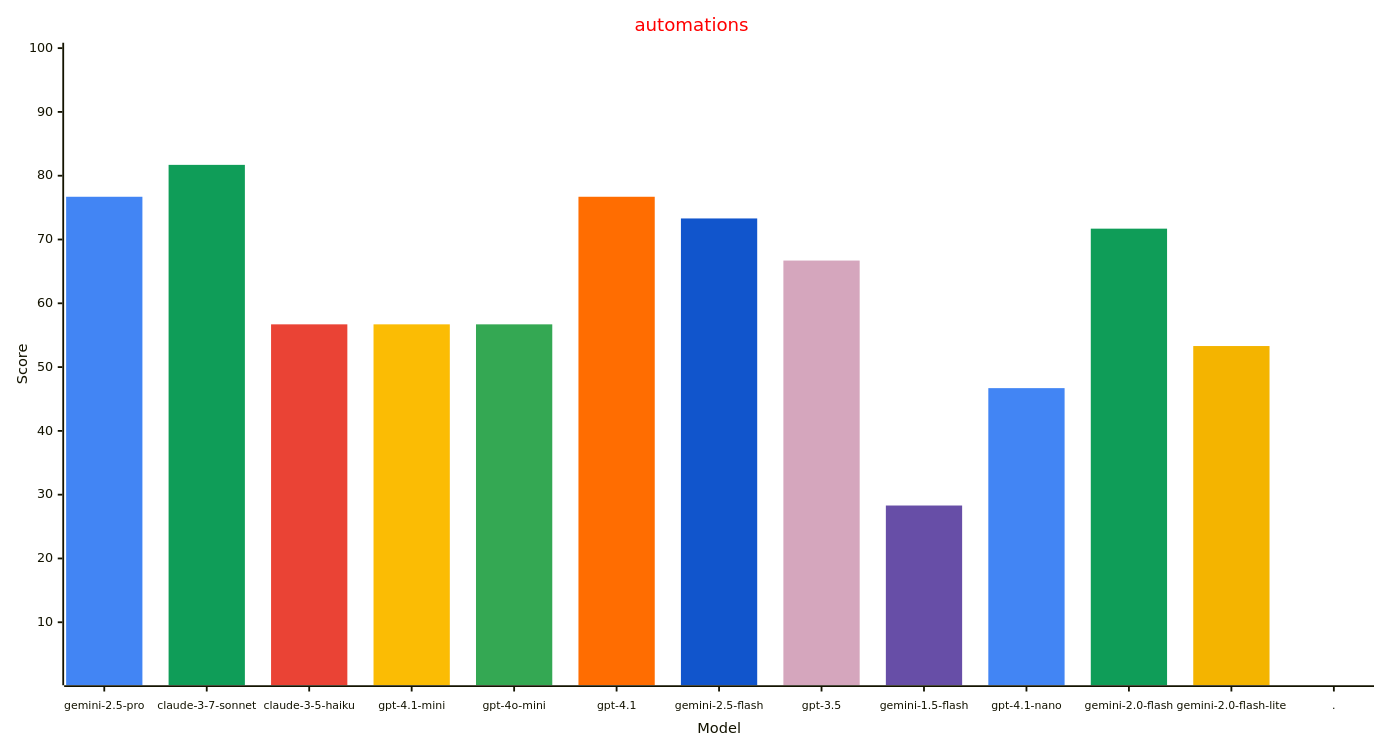
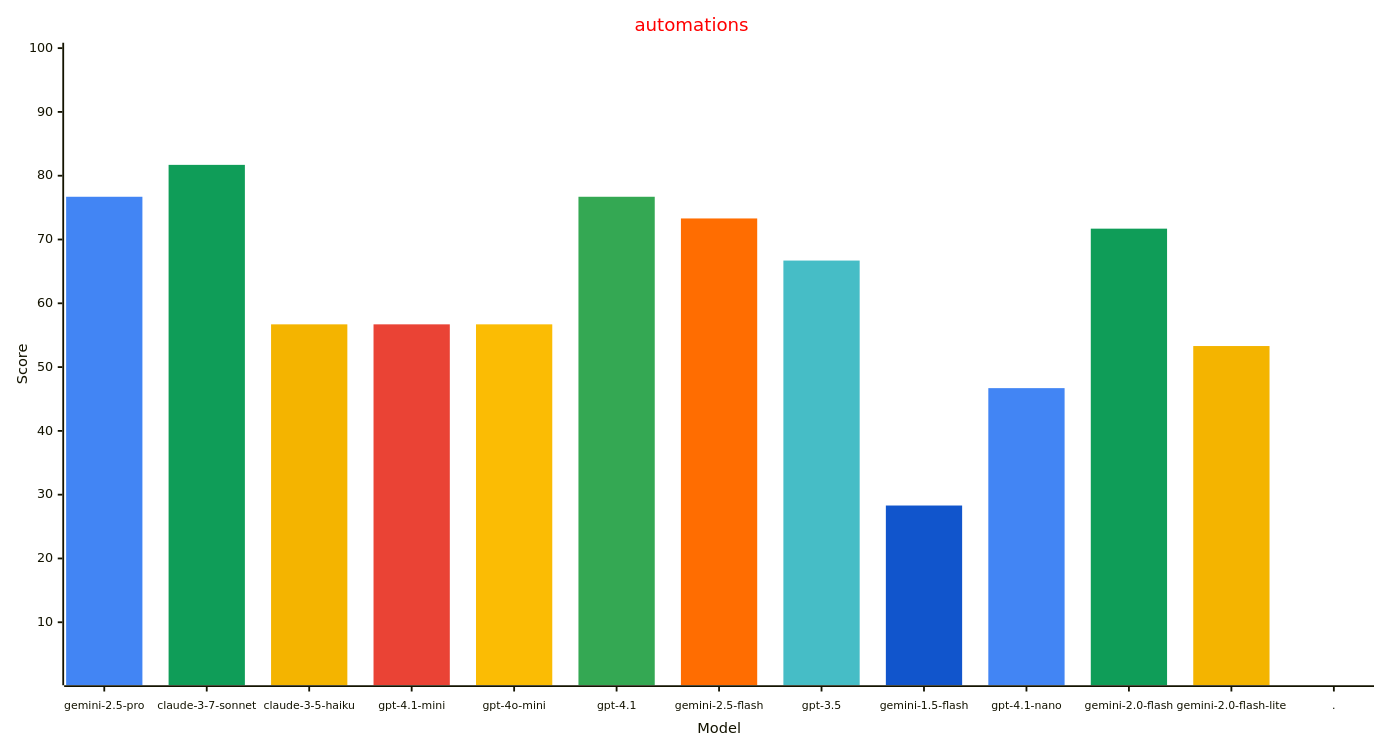
One commit to allenporter/home-assistant-datasets changed the fourth of 4 diagrams in reports/README.md. Above: the diagram before and after it, drawn with Mermaid. The commit also changed other lines of this file and 1814 other files, not shown here.

````diff
--- a/reports/README.md
+++ b/reports/README.md
@@ -207,33 +207,33 @@
 ```mermaid
 ---
 config:
     xyChart:
         width: 1500
         height: 800
         xAxis:
           labelFontSize: 12
           labelPadding: 8
     themeVariables:
         xyChart:
             titleColor: "#ff0000"
-            plotColorPalette: "#4285f4, #0f9d58, #ea4335, #fbbc04, #34a853, #ff6d01, #1155cc, #d5a6bd, #674ea7, #4285f4, #0f9d58, #f4b400, #4285f4"
+            plotColorPalette: "#4285f4, #0f9d58, #f4b400, #ea4335, #fbbc04, #34a853, #ff6d01, #46bdc6, #1155cc, #4285f4, #0f9d58, #f4b400, #4285f4"
 
 ---
 xychart-beta
   title "automations"
   x-axis "Model" [gemini-2.5-pro, claude-3-7-sonnet, claude-3-5-haiku, gpt-4.1-mini, gpt-4o-mini, gpt-4.1, gemini-2.5-flash, gpt-3.5, gemini-1.5-flash, gpt-4.1-nano, gemini-2.0-flash, gemini-2.0-flash-lite, .]
   y-axis "Score" 1 --> 100
   bar [76.7, 0.0, 0.0, 0.0, 0.0, 0.0, 0.0, 0.0, 0.0, 0.0, 0.0, 0.0, 0.0]
   bar [0.0, 81.7, 0.0, 0.0, 0.0, 0.0, 0.0, 0.0, 0.0, 0.0, 0.0, 0.0, 0.0]
   bar [0.0, 0.0, 56.7, 0.0, 0.0, 0.0, 0.0, 0.0, 0.0, 0.0, 0.0, 0.0, 0.0]
   bar [0.0, 0.0, 0.0, 56.7, 0.0, 0.0, 0.0, 0.0, 0.0, 0.0, 0.0, 0.0, 0.0]
   bar [0.0, 0.0, 0.0, 0.0, 56.7, 0.0, 0.0, 0.0, 0.0, 0.0, 0.0, 0.0, 0.0]
   bar [0.0, 0.0, 0.0, 0.0, 0.0, 76.7, 0.0, 0.0, 0.0, 0.0, 0.0, 0.0, 0.0]
   bar [0.0, 0.0, 0.0, 0.0, 0.0, 0.0, 73.3, 0.0, 0.0, 0.0, 0.0, 0.0, 0.0]
   bar [0.0, 0.0, 0.0, 0.0, 0.0, 0.0, 0.0, 66.7, 0.0, 0.0, 0.0, 0.0, 0.0]
   bar [0.0, 0.0, 0.0, 0.0, 0.0, 0.0, 0.0, 0.0, 28.3, 0.0, 0.0, 0.0, 0.0]
   bar [0.0, 0.0, 0.0, 0.0, 0.0, 0.0, 0.0, 0.0, 0.0, 46.7, 0.0, 0.0, 0.0]
   bar [0.0, 0.0, 0.0, 0.0, 0.0, 0.0, 0.0, 0.0, 0.0, 0.0, 71.7, 0.0, 0.0]
   bar [0.0, 0.0, 0.0, 0.0, 0.0, 0.0, 0.0, 0.0, 0.0, 0.0, 0.0, 53.3, 0.0]
   bar [0.0, 0.0, 0.0, 0.0, 0.0, 0.0, 0.0, 0.0, 0.0, 0.0, 0.0, 0.0, -1.0]
 ```
````
